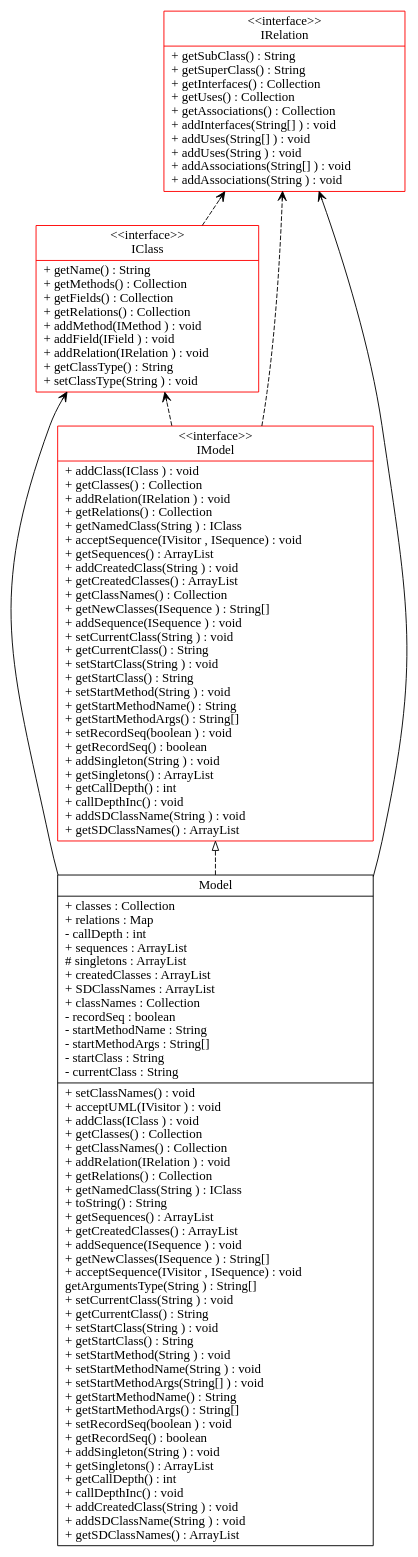
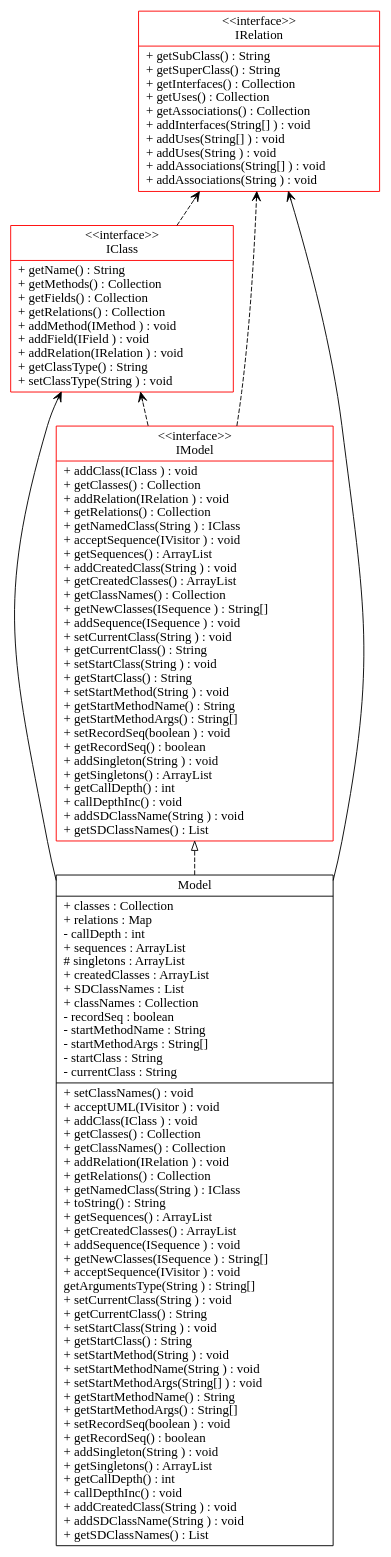
The diagram in input_output/testModel.gv (tandoni/374DesignProject), drawn with Graphviz before and after one commit. The commit also changed 4 other files, not shown here.

```diff
--- a/input_output/testModel.gv
+++ b/input_output/testModel.gv
@@ -1,29 +1,29 @@
 digraph example { 
 rankdir=BT;
 Model [
 shape="record",
-label = "{Model| + classes : Collection\l+ relations : Map\l- callDepth : int\l+ sequences : ArrayList\l# singletons : ArrayList\l+ createdClasses : ArrayList\l+ SDClassNames : ArrayList\l+ classNames : Collection\l- recordSeq : boolean\l- startMethodName : String\l- startMethodArgs : String[]\l- startClass : String\l- currentClass : String\l|+ setClassNames() : void\l+ acceptUML(IVisitor ) : void\l+ addClass(IClass ) : void\l+ getClasses() : Collection\l+ getClassNames() : Collection\l+ addRelation(IRelation ) : void\l+ getRelations() : Collection\l+ getNamedClass(String ) : IClass\l+ toString() : String\l+ getSequences() : ArrayList\l+ getCreatedClasses() : ArrayList\l+ addSequence(ISequence ) : void\l+ getNewClasses(ISequence ) : String[]\l+ acceptSequence(IVisitor , ISequence) : void\l  getArgumentsType(String ) : String[]\l+ setCurrentClass(String ) : void\l+ getCurrentClass() : String\l+ setStartClass(String ) : void\l+ getStartClass() : String\l+ setStartMethod(String ) : void\l+ setStartMethodName(String ) : void\l+ setStartMethodArgs(String[] ) : void\l+ getStartMethodName() : String\l+ getStartMethodArgs() : String[]\l+ setRecordSeq(boolean ) : void\l+ getRecordSeq() : boolean\l+ addSingleton(String ) : void\l+ getSingletons() : ArrayList\l+ getCallDepth() : int\l+ callDepthInc() : void\l+ addCreatedClass(String ) : void\l+ addSDClassName(String ) : void\l+ getSDClassNames() : ArrayList\l}"
+label = "{Model| + classes : Collection\l+ relations : Map\l- callDepth : int\l+ sequences : ArrayList\l# singletons : ArrayList\l+ createdClasses : ArrayList\l+ SDClassNames : List\l+ classNames : Collection\l- recordSeq : boolean\l- startMethodName : String\l- startMethodArgs : String[]\l- startClass : String\l- currentClass : String\l|+ setClassNames() : void\l+ acceptUML(IVisitor ) : void\l+ addClass(IClass ) : void\l+ getClasses() : Collection\l+ getClassNames() : Collection\l+ addRelation(IRelation ) : void\l+ getRelations() : Collection\l+ getNamedClass(String ) : IClass\l+ toString() : String\l+ getSequences() : ArrayList\l+ getCreatedClasses() : ArrayList\l+ addSequence(ISequence ) : void\l+ getNewClasses(ISequence ) : String[]\l+ acceptSequence(IVisitor ) : void\l  getArgumentsType(String ) : String[]\l+ setCurrentClass(String ) : void\l+ getCurrentClass() : String\l+ setStartClass(String ) : void\l+ getStartClass() : String\l+ setStartMethod(String ) : void\l+ setStartMethodName(String ) : void\l+ setStartMethodArgs(String[] ) : void\l+ getStartMethodName() : String\l+ getStartMethodArgs() : String[]\l+ setRecordSeq(boolean ) : void\l+ getRecordSeq() : boolean\l+ addSingleton(String ) : void\l+ getSingletons() : ArrayList\l+ getCallDepth() : int\l+ callDepthInc() : void\l+ addCreatedClass(String ) : void\l+ addSDClassName(String ) : void\l+ getSDClassNames() : List\l}"
 ];
 
 IModel [
 shape="record",
-color="red",label = "{\<\<interface\>\>\nIModel| + addClass(IClass ) : void\l+ getClasses() : Collection\l+ addRelation(IRelation ) : void\l+ getRelations() : Collection\l+ getNamedClass(String ) : IClass\l+ acceptSequence(IVisitor , ISequence) : void\l+ getSequences() : ArrayList\l+ addCreatedClass(String ) : void\l+ getCreatedClasses() : ArrayList\l+ getClassNames() : Collection\l+ getNewClasses(ISequence ) : String[]\l+ addSequence(ISequence ) : void\l+ setCurrentClass(String ) : void\l+ getCurrentClass() : String\l+ setStartClass(String ) : void\l+ getStartClass() : String\l+ setStartMethod(String ) : void\l+ getStartMethodName() : String\l+ getStartMethodArgs() : String[]\l+ setRecordSeq(boolean ) : void\l+ getRecordSeq() : boolean\l+ addSingleton(String ) : void\l+ getSingletons() : ArrayList\l+ getCallDepth() : int\l+ callDepthInc() : void\l+ addSDClassName(String ) : void\l+ getSDClassNames() : ArrayList\l}"
+color="red",label = "{\<\<interface\>\>\nIModel| + addClass(IClass ) : void\l+ getClasses() : Collection\l+ addRelation(IRelation ) : void\l+ getRelations() : Collection\l+ getNamedClass(String ) : IClass\l+ acceptSequence(IVisitor ) : void\l+ getSequences() : ArrayList\l+ addCreatedClass(String ) : void\l+ getCreatedClasses() : ArrayList\l+ getClassNames() : Collection\l+ getNewClasses(ISequence ) : String[]\l+ addSequence(ISequence ) : void\l+ setCurrentClass(String ) : void\l+ getCurrentClass() : String\l+ setStartClass(String ) : void\l+ getStartClass() : String\l+ setStartMethod(String ) : void\l+ getStartMethodName() : String\l+ getStartMethodArgs() : String[]\l+ setRecordSeq(boolean ) : void\l+ getRecordSeq() : boolean\l+ addSingleton(String ) : void\l+ getSingletons() : ArrayList\l+ getCallDepth() : int\l+ callDepthInc() : void\l+ addSDClassName(String ) : void\l+ getSDClassNames() : List\l}"
 ];
 
 IClass [
 shape="record",
 color="red",label = "{\<\<interface\>\>\nIClass| + getName() : String\l+ getMethods() : Collection\l+ getFields() : Collection\l+ getRelations() : Collection\l+ addMethod(IMethod ) : void\l+ addField(IField ) : void\l+ addRelation(IRelation ) : void\l+ getClassType() : String\l+ setClassType(String ) : void\l}"
 ];
 
 IRelation [
 shape="record",
 color="red",label = "{\<\<interface\>\>\nIRelation| + getSubClass() : String\l+ getSuperClass() : String\l+ getInterfaces() : Collection\l+ getUses() : Collection\l+ getAssociations() : Collection\l+ addInterfaces(String[] ) : void\l+ addUses(String[] ) : void\l+ addUses(String ) : void\l+ addAssociations(String[] ) : void\l+ addAssociations(String ) : void\l}"
 ];
 
 
 IModel -> IClass [arrowhead = "vee", style = "dashed"];
 IModel -> IRelation [arrowhead = "vee", style = "dashed"];
 Model -> IModel [arrowhead="empty", style="dashed"];
 Model -> IClass [arrowhead = "vee"];
 Model -> IRelation [arrowhead = "vee"];
 IClass -> IRelation [arrowhead = "vee", style = "dashed"];}
```
